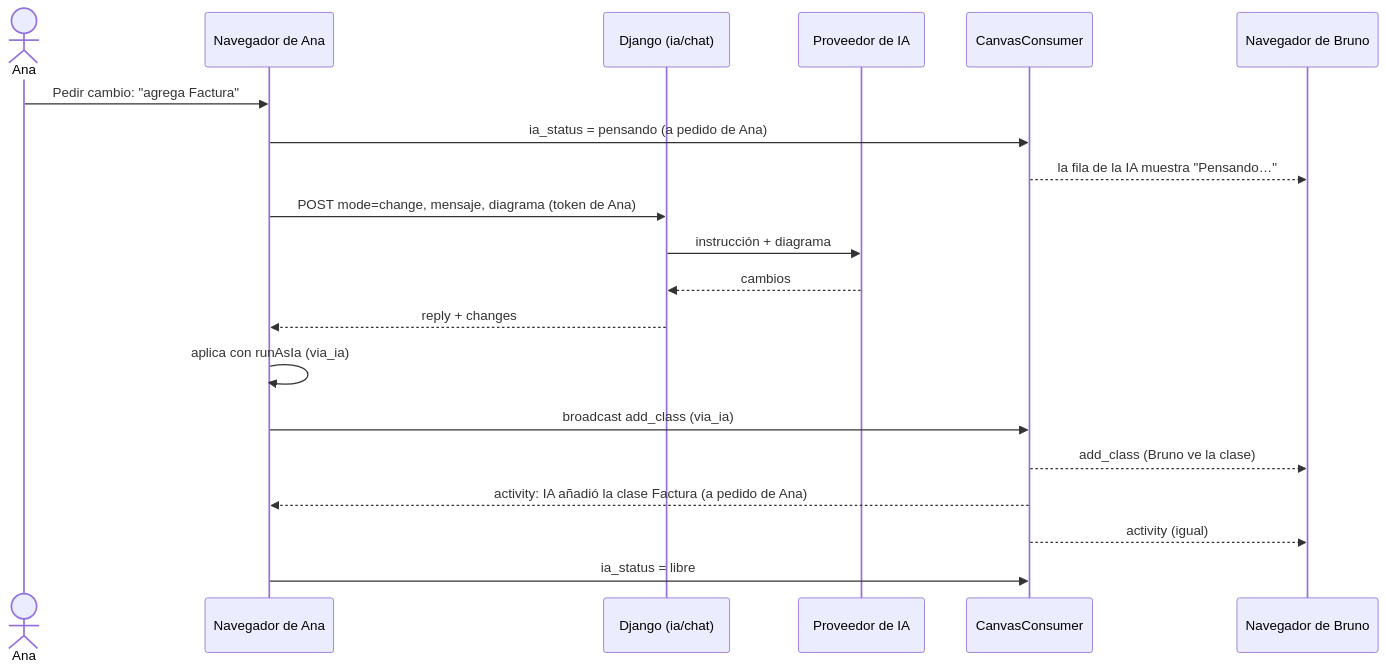
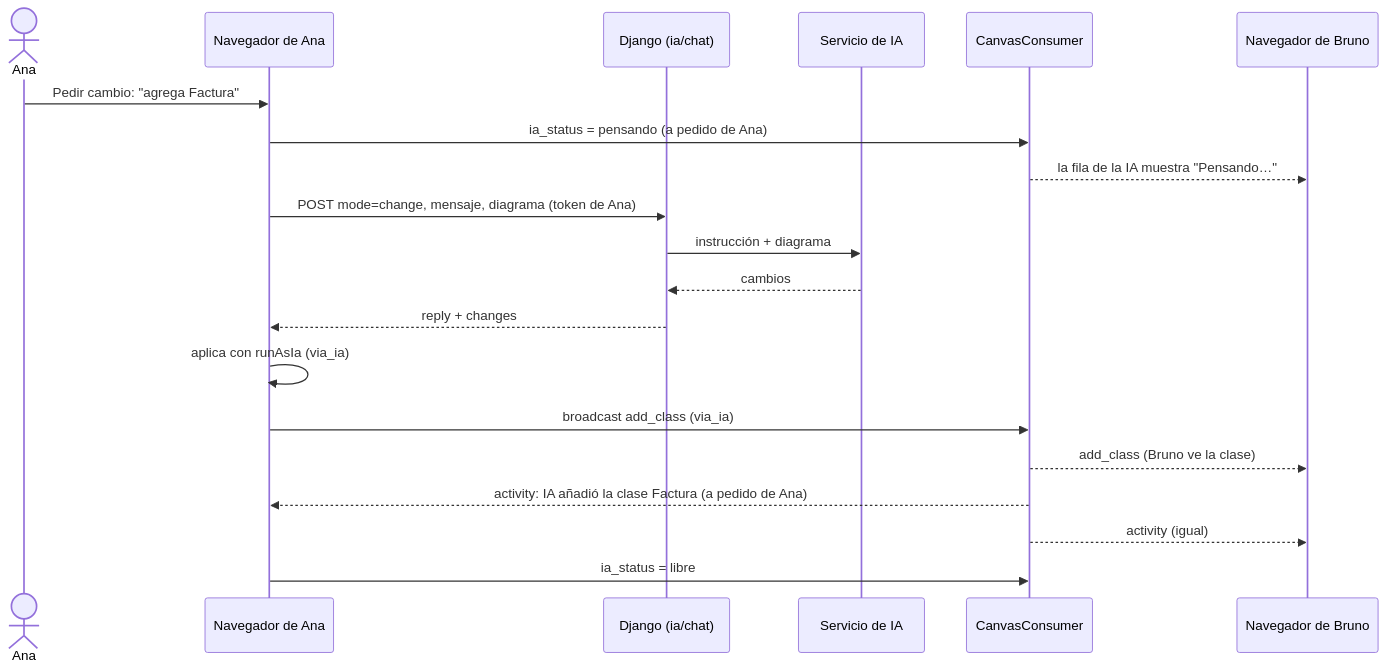
The seventh of 9 diagrams in docs/puds/03-diseno.md (Gris999/Diagramador_UML_Examen2), drawn with Mermaid before and after one commit. The commit also changed other lines of this file and 5 other files, not shown here.

````diff
--- a/docs/puds/03-diseno.md
+++ b/docs/puds/03-diseno.md
@@ -205,22 +205,22 @@
 ```mermaid
 sequenceDiagram
   actor A as Ana
   participant CA as Navegador de Ana
   participant API as Django (ia/chat)
-  participant IA as Proveedor de IA
+  participant IA as Servicio de IA
   participant WS as CanvasConsumer
   participant CB as Navegador de Bruno
   A->>CA: Pedir cambio: "agrega Factura"
   CA->>WS: ia_status = pensando (a pedido de Ana)
   WS-->>CB: la fila de la IA muestra "Pensando…"
   CA->>API: POST mode=change, mensaje, diagrama (token de Ana)
   API->>IA: instrucción + diagrama
   IA-->>API: cambios
   API-->>CA: reply + changes
   CA->>CA: aplica con runAsIa (via_ia)
   CA->>WS: broadcast add_class (via_ia)
   WS-->>CB: add_class (Bruno ve la clase)
   WS-->>CA: activity: IA añadió la clase Factura (a pedido de Ana)
   WS-->>CB: activity (igual)
   CA->>WS: ia_status = libre
 ```
````
